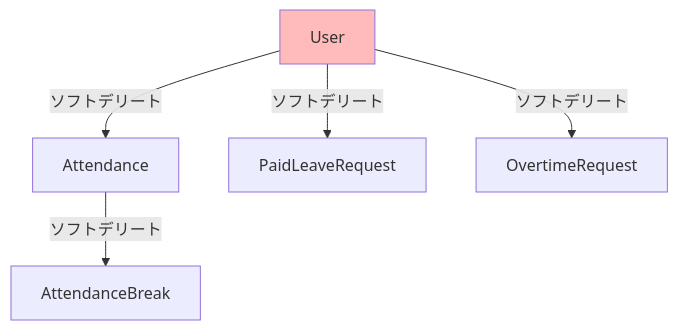
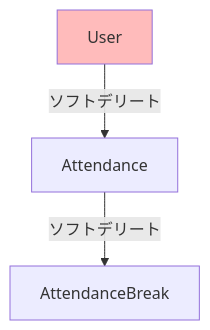
One commit to miyazakisora111/time-attendance changed the second of 2 diagrams in docs/dev/soft-delete-strategy.md. Above: the diagram before and after it, drawn with Mermaid. The commit also changed other lines of this file and 118 other files, not shown here.

````diff
--- a/docs/dev/soft-delete-strategy.md
+++ b/docs/dev/soft-delete-strategy.md
@@ -73,9 +70,7 @@
 ```mermaid
 graph TD
     User -->|"ソフトデリート"| Attendance
-    User -->|"ソフトデリート"| PaidLeaveRequest
-    User -->|"ソフトデリート"| OvertimeRequest
     Attendance -->|"ソフトデリート"| AttendanceBreak
 
     style User fill:#fbb
 ```
````
